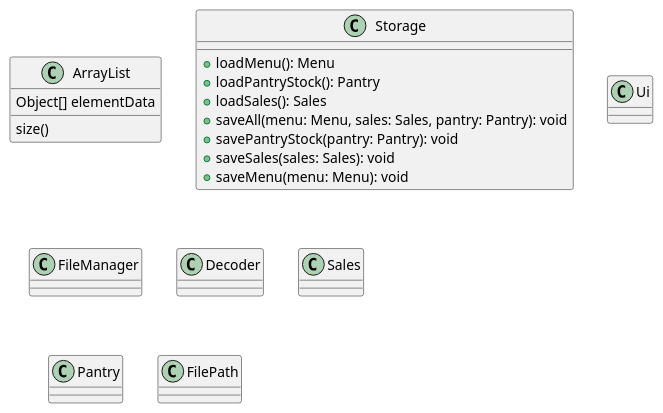
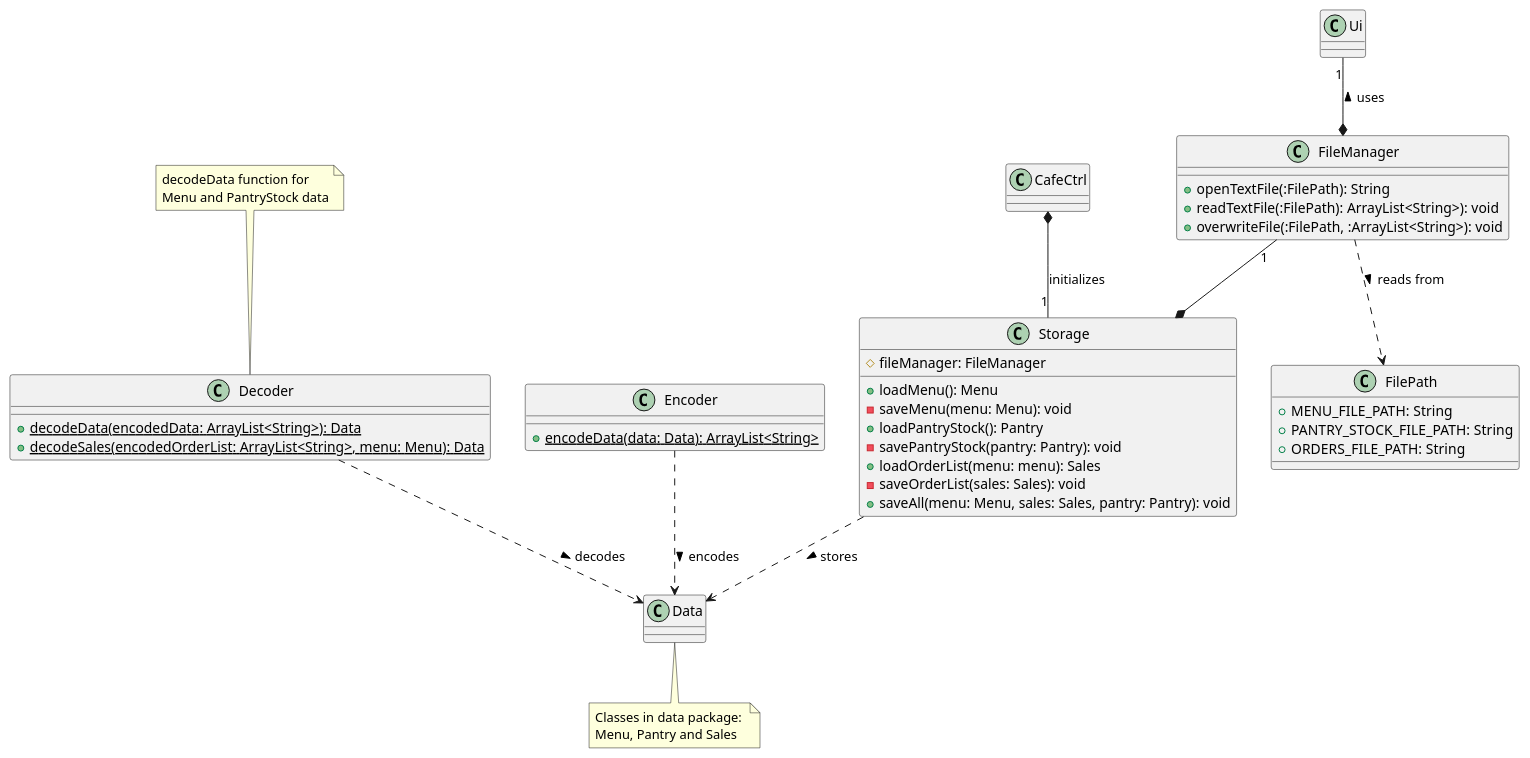
Before and after one commit to nus-cs2113-AY2324S1/tp: the diagram in docs/diagrams/class/Storage.puml, drawn with PlantUML. The commit also changed 1 other file, not shown here.

Commit message:
Create Storage class diagram

```diff
--- a/docs/diagrams/class/Storage.puml
+++ b/docs/diagrams/class/Storage.puml
@@ -1,44 +1,53 @@
 @startuml
 'https://plantuml.com/class-diagram
 
-
-class ArrayList {
-Object[] elementData
-size()
+class Storage {
+    # fileManager: FileManager
+    + loadMenu(): Menu
+    - saveMenu(menu: Menu): void
+    + loadPantryStock(): Pantry
+    - savePantryStock(pantry: Pantry): void
+    + loadOrderList(menu: menu): Sales
+    - saveOrderList(sales: Sales): void
+    + saveAll(menu: Menu, sales: Sales, pantry: Pantry): void
 }
 
-class Storage {
-    + loadMenu(): Menu
-    + loadPantryStock(): Pantry
-    + loadSales(): Sales
-    + saveAll(menu: Menu, sales: Sales, pantry: Pantry): void
-    + savePantryStock(pantry: Pantry): void
-    + saveSales(sales: Sales): void
-    + saveMenu(menu: Menu): void
-}
+class Data
+note bottom of Data: Classes in data package: \nMenu, Pantry and Sales
 
-class Ui {
+class Ui
 
+class FilePath {
+    + MENU_FILE_PATH: String
+    + PANTRY_STOCK_FILE_PATH: String
+    + ORDERS_FILE_PATH: String
 }
 
 class FileManager {
-
+    + openTextFile(:FilePath): String
+    + readTextFile(:FilePath): ArrayList<String>): void
+    + overwriteFile(:FilePath, :ArrayList<String>): void
 }
 
 class Decoder {
+    + {static} decodeData(encodedData: ArrayList<String>): Data
+    + {static} decodeSales(encodedOrderList: ArrayList<String>, menu: Menu): Data
+}
+note top of Decoder: decodeData function for\nMenu and PantryStock data
 
+class Encoder {
+    + {static} encodeData(data: Data): ArrayList<String>
 }
 
-class Sales {
+CafeCtrl *-- "1" Storage: initializes
 
-}
+FileManager "1" --* Storage
+Storage ..> Data: stores >
+Ui "1" --* FileManager : uses <
 
-class Pantry {
+FileManager ..> FilePath: reads from >
 
-}
+Encoder ..> Data: encodes >
 
-class FilePath {
-
-}
-
+Decoder ..> Data: decodes >
 @enduml
```
